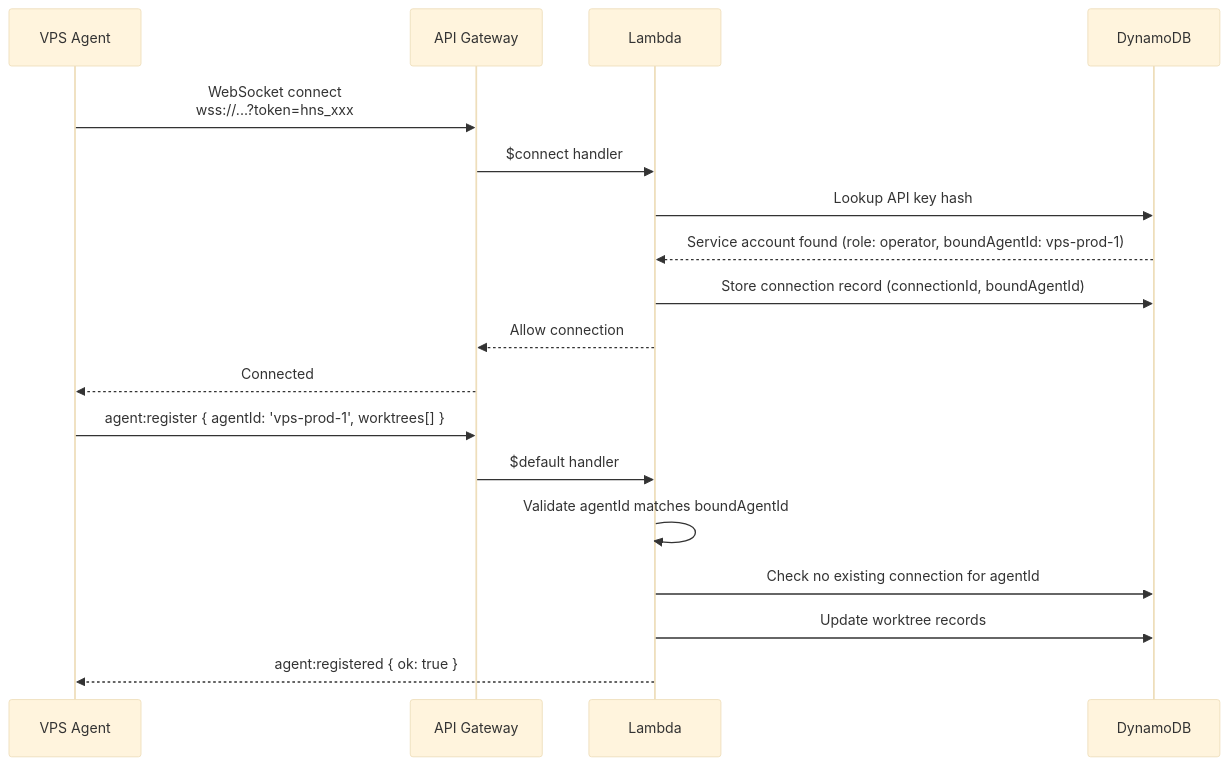
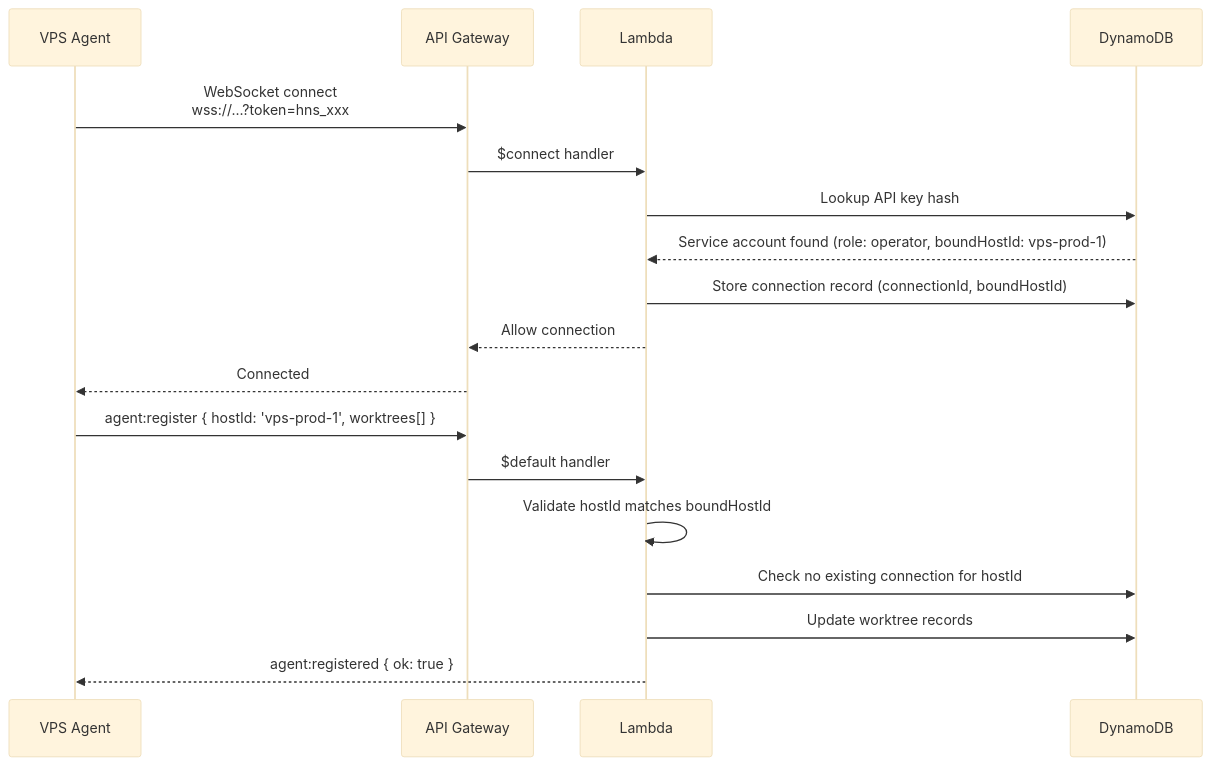
One commit to jonathanong/auto-harness changed the second of 2 diagrams in docs/auth.md. Above: the diagram before and after it, drawn with Mermaid (base theme). The commit also changed other lines of this file and 154 other files, not shown here.

````diff
--- a/docs/auth.md
+++ b/docs/auth.md
@@ -184,21 +184,21 @@
 ```mermaid
 sequenceDiagram
     participant Agent as VPS Agent
     participant APIGW as API Gateway
     participant Lambda
     participant DDB as DynamoDB
 
     Agent->>APIGW: WebSocket connect<br/>wss://...?token=hns_xxx
     APIGW->>Lambda: $connect handler
     Lambda->>DDB: Lookup API key hash
-    DDB-->>Lambda: Service account found (role: operator, boundAgentId: vps-prod-1)
-    Lambda->>DDB: Store connection record (connectionId, boundAgentId)
+    DDB-->>Lambda: Service account found (role: operator, boundHostId: vps-prod-1)
+    Lambda->>DDB: Store connection record (connectionId, boundHostId)
     Lambda-->>APIGW: Allow connection
     APIGW-->>Agent: Connected
-    Agent->>APIGW: agent:register { agentId: 'vps-prod-1', worktrees[] }
+    Agent->>APIGW: agent:register { hostId: 'vps-prod-1', worktrees[] }
     APIGW->>Lambda: $default handler
-    Lambda->>Lambda: Validate agentId matches boundAgentId
-    Lambda->>DDB: Check no existing connection for agentId
+    Lambda->>Lambda: Validate hostId matches boundHostId
+    Lambda->>DDB: Check no existing connection for hostId
     Lambda->>DDB: Update worktree records
     Lambda-->>Agent: agent:registered { ok: true }
 ```
````
